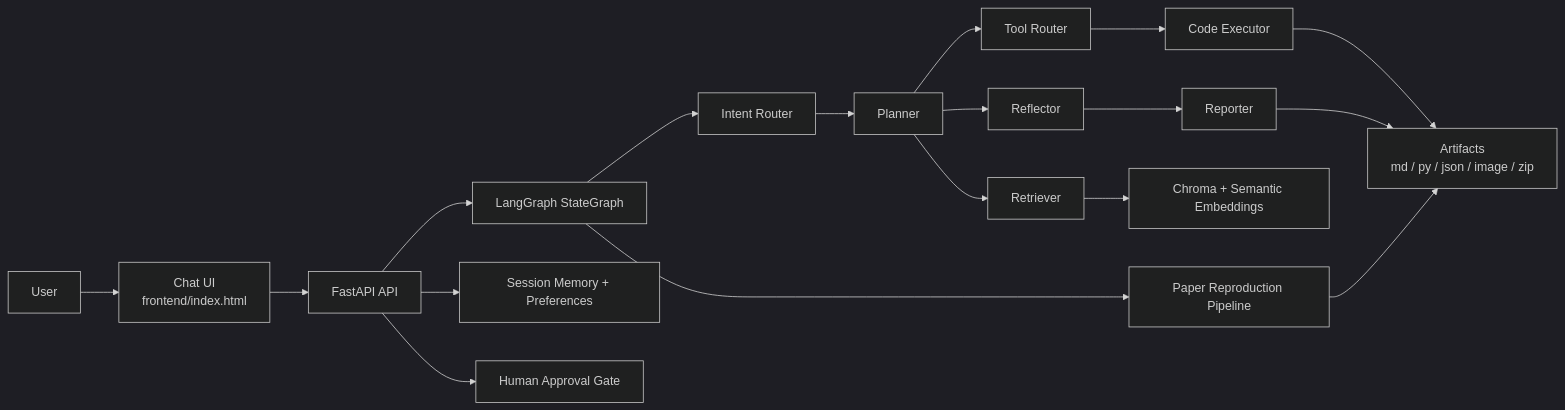
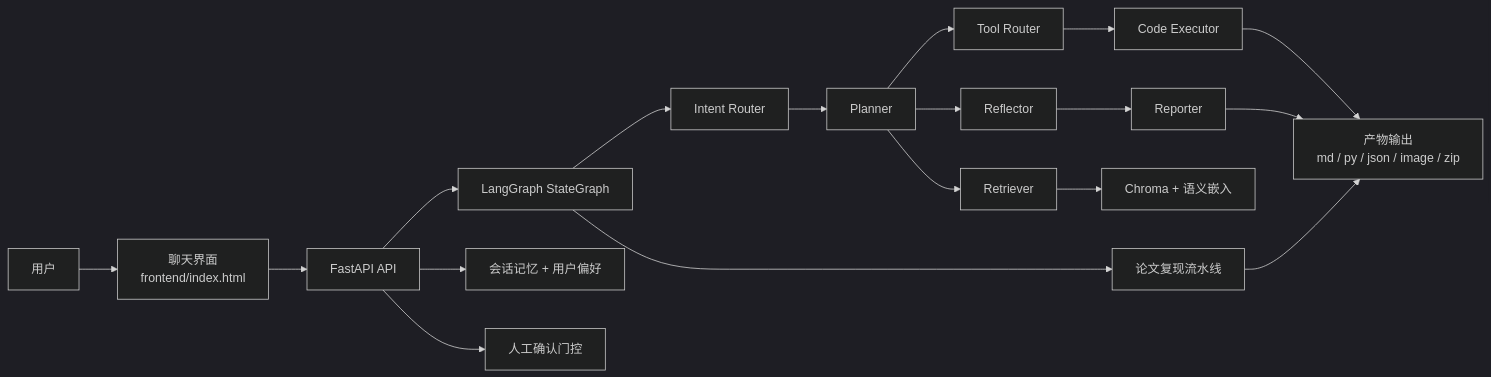
One commit to yjt0416/research-agent changed the diagram in README.md. Above: the diagram before and after it, drawn with Mermaid (dark theme). The commit also changed other lines of this file, not shown here.

````diff
--- a/README.md
+++ b/README.md
@@ -53,23 +53,23 @@
 ```mermaid
 flowchart LR
-    User["User"] --> UI["Chat UI<br/>frontend/index.html"]
+    User["用户"] --> UI["聊天界面<br/>frontend/index.html"]
     UI --> API["FastAPI API"]
     API --> Graph["LangGraph StateGraph"]
 
     Graph --> Router["Intent Router"]
     Router --> Planner["Planner"]
     Planner --> Retriever["Retriever"]
     Planner --> ToolRouter["Tool Router"]
     ToolRouter --> CodeExec["Code Executor"]
     Planner --> Reflector["Reflector"]
     Reflector --> Reporter["Reporter"]
 
-    Retriever --> RAG["Chroma + Semantic Embeddings"]
-    CodeExec --> Artifacts["Artifacts<br/>md / py / json / image / zip"]
+    Retriever --> RAG["Chroma + 语义嵌入"]
+    CodeExec --> Artifacts["产物输出<br/>md / py / json / image / zip"]
     Reporter --> Artifacts
 
-    API --> Memory["Session Memory + Preferences"]
-    API --> Confirm["Human Approval Gate"]
-    Graph --> Repro["Paper Reproduction Pipeline"]
+    API --> Memory["会话记忆 + 用户偏好"]
+    API --> Confirm["人工确认门控"]
+    Graph --> Repro["论文复现流水线"]
     Repro --> Artifacts
 ```
````
